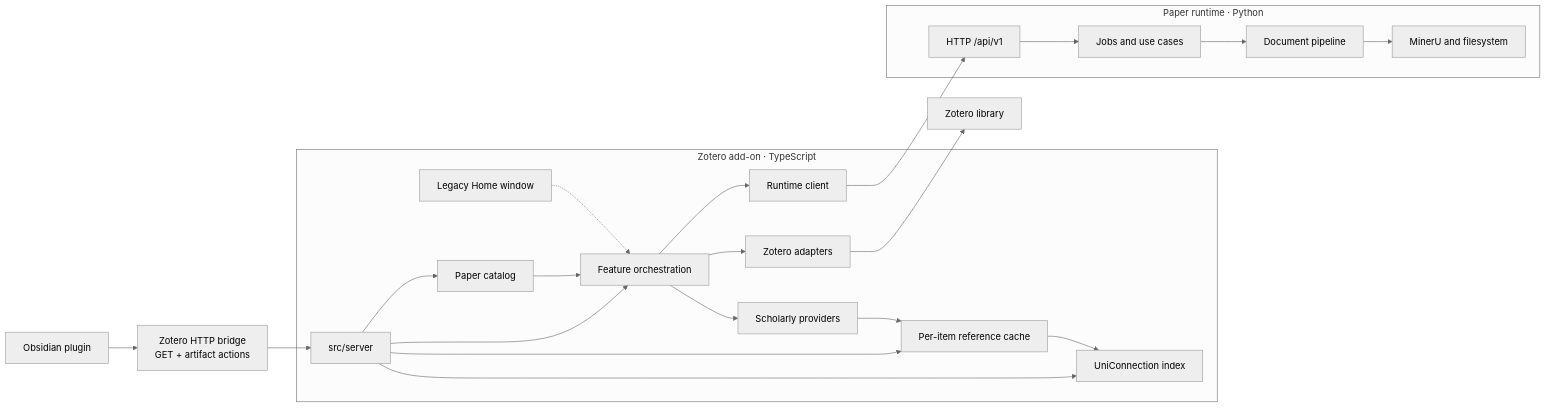
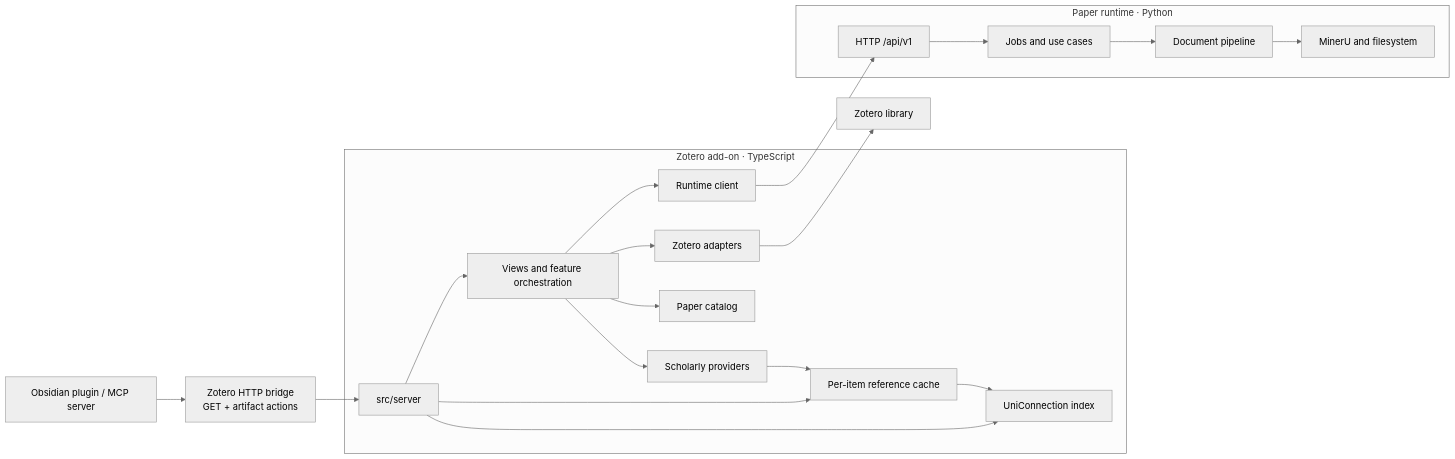
One commit to Leavvind/Unizero changed the diagram in docs/ARCHITECTURE.md. Above: the diagram before and after it, drawn with Mermaid (neutral theme). The commit also changed other lines of this file and 11 other files, not shown here.

````diff
--- a/docs/ARCHITECTURE.md
+++ b/docs/ARCHITECTURE.md
@@ -5,45 +5,42 @@
 ```mermaid
 flowchart LR
-    Obsidian["Obsidian plugin"]
+    Obsidian["Obsidian plugin / MCP server"]
     Bridge["Zotero HTTP bridge\nGET + artifact actions"]
 
     subgraph Addon["Zotero add-on · TypeScript"]
         Server["src/server"]
-        Features["Feature orchestration"]
+        Features["Views and feature orchestration"]
         Adapters["Zotero adapters"]
         Providers["Scholarly providers"]
         Cache["Per-item reference cache"]
         Index["UniConnection index"]
         Catalog["Paper catalog"]
         Client["Runtime client"]
-        LegacyUI["Legacy Home window"]
     end
 
     Zotero["Zotero library"]
 
     subgraph Runtime["Paper runtime · Python"]
         API["HTTP /api/v1"]
         App["Jobs and use cases"]
         Pipeline["Document pipeline"]
         IO["MinerU and filesystem"]
     end
 
     Obsidian --> Bridge
     Bridge --> Server
     Server --> Features
     Server --> Cache
     Server --> Index
-    Server --> Catalog
     Features --> Adapters
     Features --> Providers
+    Features --> Catalog
     Features --> Client
     Providers --> Cache
     Cache --> Index
     Adapters --> Zotero
-    Catalog --> Features
     Client --> API
     API --> App
     App --> Pipeline
     Pipeline --> IO
-    LegacyUI -.-> Features
 ```
````
